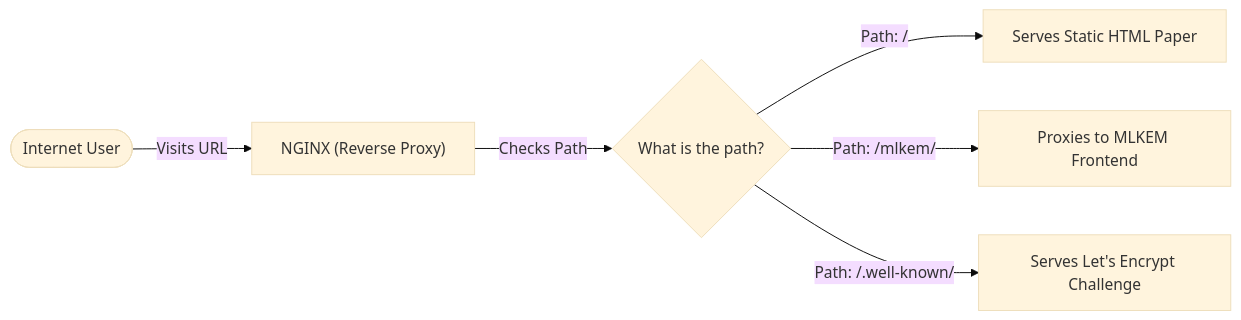
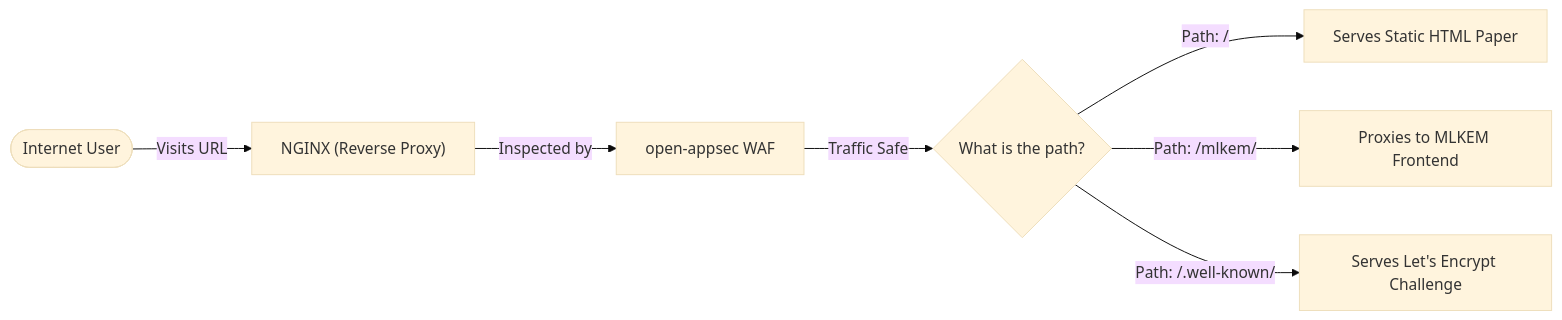
The first of 4 diagrams in quantum-website-conf/README.md (xFlowInternal/quantum), drawn with Mermaid (base theme) before and after one commit. The commit also changed other lines of this file, not shown here.

````diff
--- a/quantum-website-conf/README.md
+++ b/quantum-website-conf/README.md
@@ -43,9 +46,10 @@
 ```mermaid
 flowchart LR
     User([Internet User]) -- "Visits URL" --> NGINX["NGINX (Reverse Proxy)"]
-    NGINX -- "Checks Path" --> Router{What is the path?}
+    NGINX -- "Inspected by" --> WAF["open-appsec WAF"]
+    WAF -- "Traffic Safe" --> Router{What is the path?}
     
     Router -- "Path: /" --> HTML["Serves Static HTML Paper"]
     Router -- "Path: /mlkem/" --> FE["Proxies to MLKEM Frontend"]
     Router -- "Path: /.well-known/" --> LE["Serves Let's Encrypt Challenge"]
 ```
````
